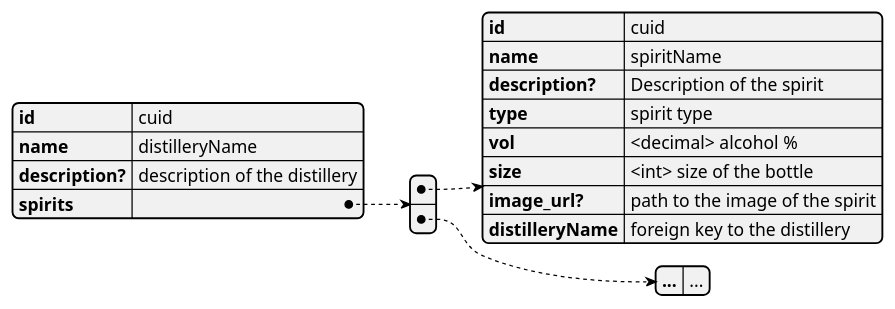
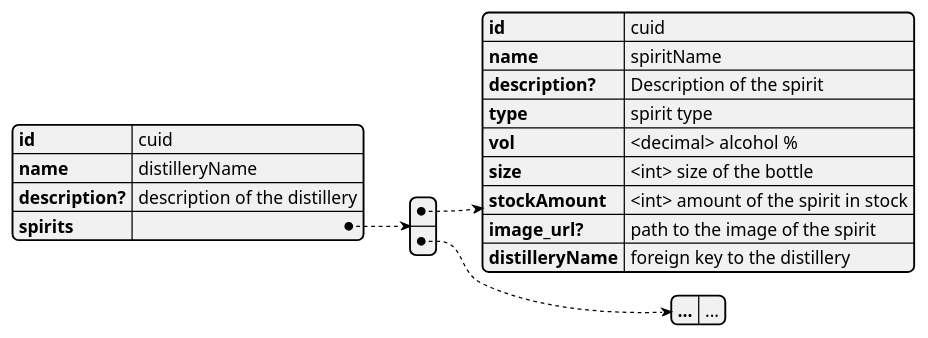
Before and after one commit to GutterneTheBois/smagen-af-oel: the second of 2 diagrams in Documentation/Diagrams/json_data.puml, drawn with PlantUML. The commit also changed other lines of this file, not shown here.

Commit message:
Changed JSON data visual to match

```diff
--- a/Documentation/Diagrams/json_data.puml
+++ b/Documentation/Diagrams/json_data.puml
@@ -24,20 +25,21 @@
 @startjson distillery
 {
     "id": "cuid",
     "name": "distilleryName",
     "description?": "description of the distillery",
     "spirits": [
         {
             "id": "cuid",
             "name": "spiritName",
             "description?": "Description of the spirit",
             "type": "spirit type",
             "vol": "<decimal> alcohol %",
             "size": "<int> size of the bottle",
+            "stockAmount": "<int> amount of the spirit in stock",
             "image_url?": "path to the image of the spirit",
             "distilleryName": "foreign key to the distillery"
         },
         {"...": "..."}
     ]
 }
 @enduml
```
